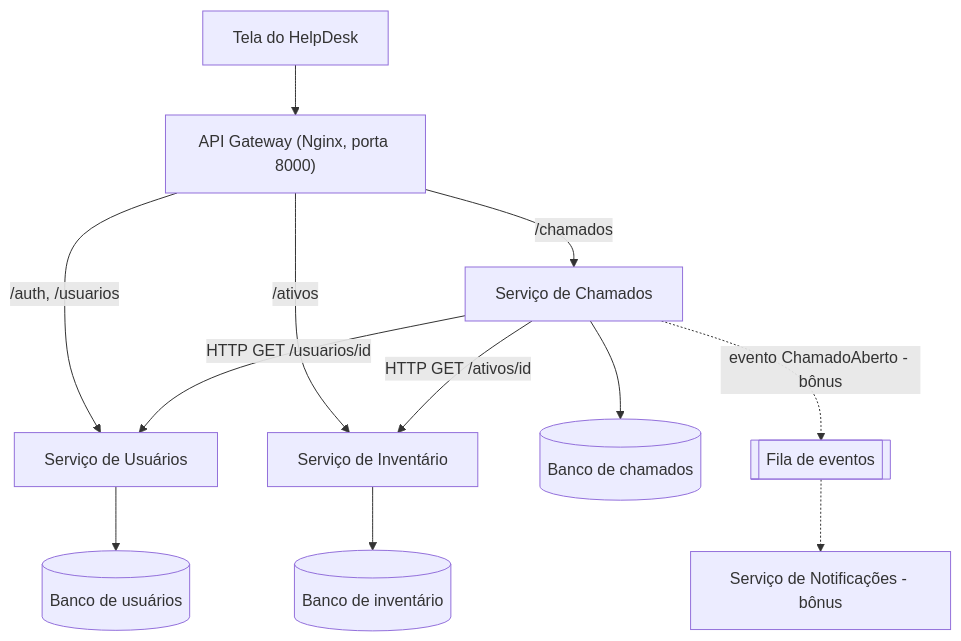
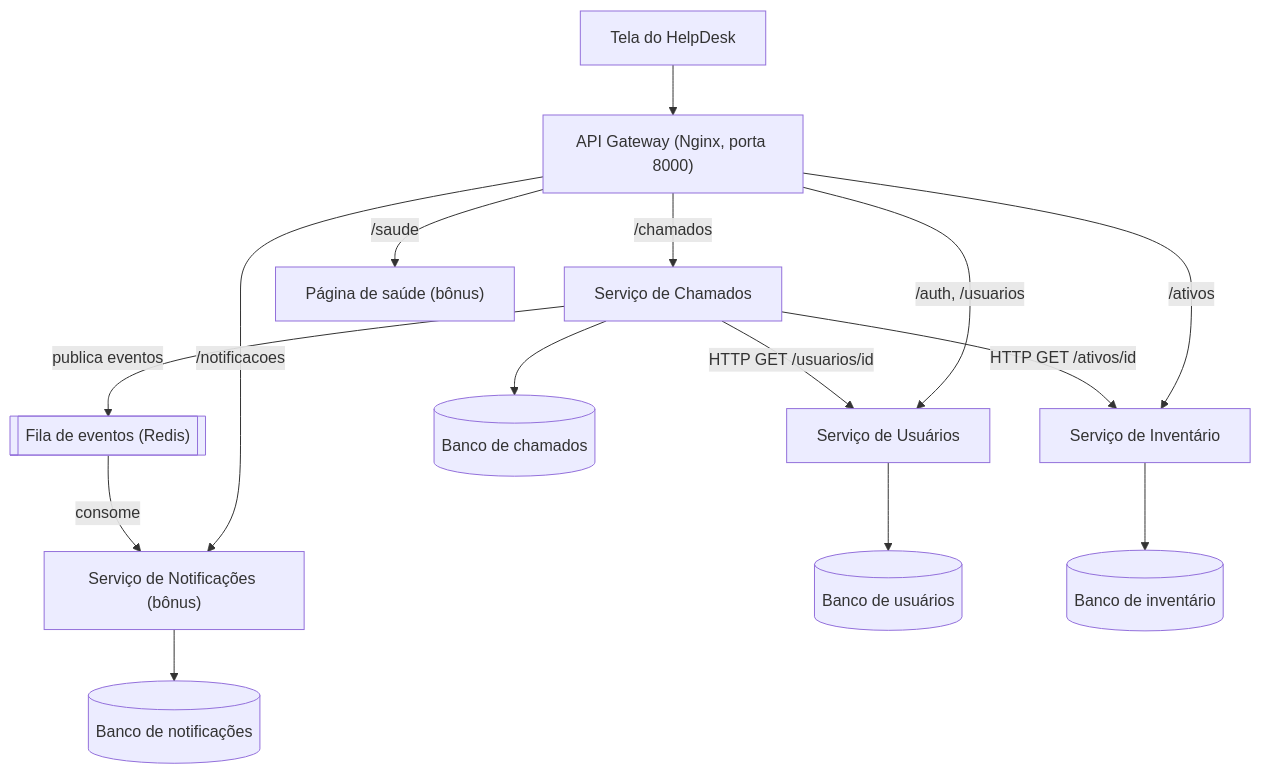
One commit to samuelsam2/helpdesk-microsservicos-samueltavares changed the diagram in README.md. Above: the diagram before and after it, drawn with Mermaid. The commit also changed other lines of this file and 6 other files, not shown here.

Commit message:
Atualiza README com o bonus (fila, notificacoes, testes e saude)

````diff
--- a/README.md
+++ b/README.md
@@ -10,14 +10,17 @@
 ```mermaid
 flowchart TD
     Tela["Tela do HelpDesk"] --> GW["API Gateway (Nginx, porta 8000)"]
     GW -->|/chamados| CH["Serviço de Chamados"]
     GW -->|/auth, /usuarios| US["Serviço de Usuários"]
     GW -->|/ativos| IN["Serviço de Inventário"]
+    GW -->|/notificacoes| NO["Serviço de Notificações (bônus)"]
+    GW -->|/saude| SA["Página de saúde (bônus)"]
     CH --> BC[("Banco de chamados")]
     CH -->|HTTP GET /usuarios/id| US
     CH -->|HTTP GET /ativos/id| IN
     US --> BU[("Banco de usuários")]
     IN --> BI[("Banco de inventário")]
-    CH -.->|evento ChamadoAberto - bônus| FILA[["Fila de eventos"]]
-    FILA -.-> NO["Serviço de Notificações - bônus"]
+    CH -->|publica eventos| FILA[["Fila de eventos (Redis)"]]
+    FILA -->|consome| NO
+    NO --> BN[("Banco de notificações")]
 ```
````
